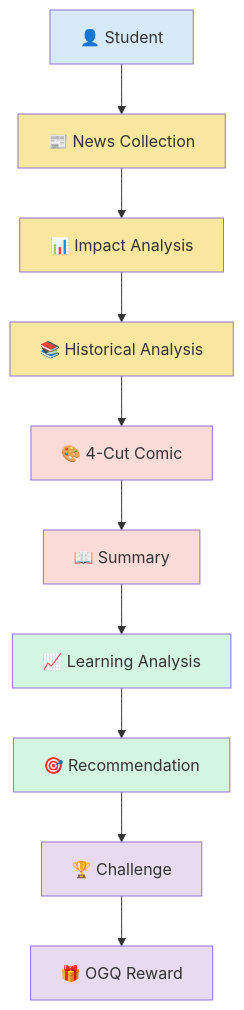
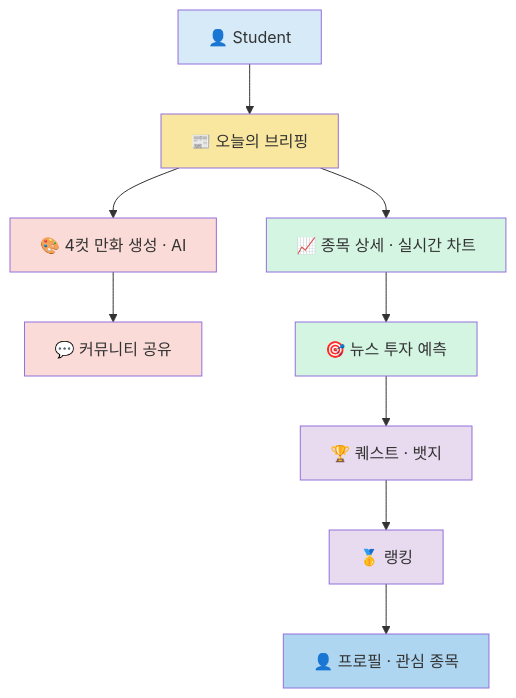
The diagram in docs/architecture.md (gage9650/CenTrend), drawn with Mermaid before and after one commit. The commit also changed other lines of this file, not shown here.

````diff
--- a/docs/architecture.md
+++ b/docs/architecture.md
@@ -3,36 +3,34 @@
 ```mermaid
 flowchart TD
 
 A[👤 Student]
 
-B[📰 News Collection]
+B[📰 오늘의 브리핑]
 
-C[📊 Impact Analysis]
+C[🎨 4컷 만화 생성 · AI]
 
-D[📚 Historical Analysis]
+D[💬 커뮤니티 공유]
 
-E[🎨 4-Cut Comic]
+E[📈 종목 상세 · 실시간 차트]
 
-F[📖 Summary]
+F[🎯 뉴스 투자 예측]
 
-G[📈 Learning Analysis]
+G[🏆 퀘스트 · 뱃지]
 
-H[🎯 Recommendation]
+H[🥇 랭킹]
 
-I[🏆 Challenge]
+I[👤 프로필 · 관심 종목]
 
-J[🎁 OGQ Reward]
-
-A --> B --> C --> D --> E --> F --> G --> H --> I --> J
+A --> B --> C --> D
+B --> E --> F --> G --> H --> I
 
 style A fill:#D6EAF8
 style B fill:#F9E79F
-style C fill:#F9E79F
-style D fill:#F9E79F
-style E fill:#FADBD8
-style F fill:#FADBD8
-style G fill:#D5F5E3
-style H fill:#D5F5E3
-style I fill:#E8DAEF
-style J fill:#E8DAEF
+style C fill:#FADBD8
+style D fill:#FADBD8
+style E fill:#D5F5E3
+style F fill:#D5F5E3
+style G fill:#E8DAEF
+style H fill:#E8DAEF
+style I fill:#AED6F1
 ```
````
